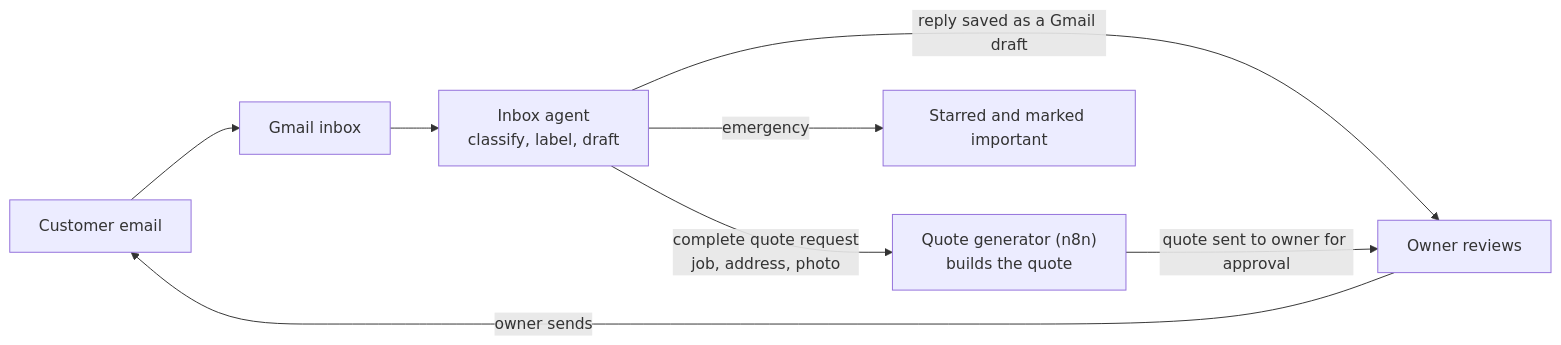
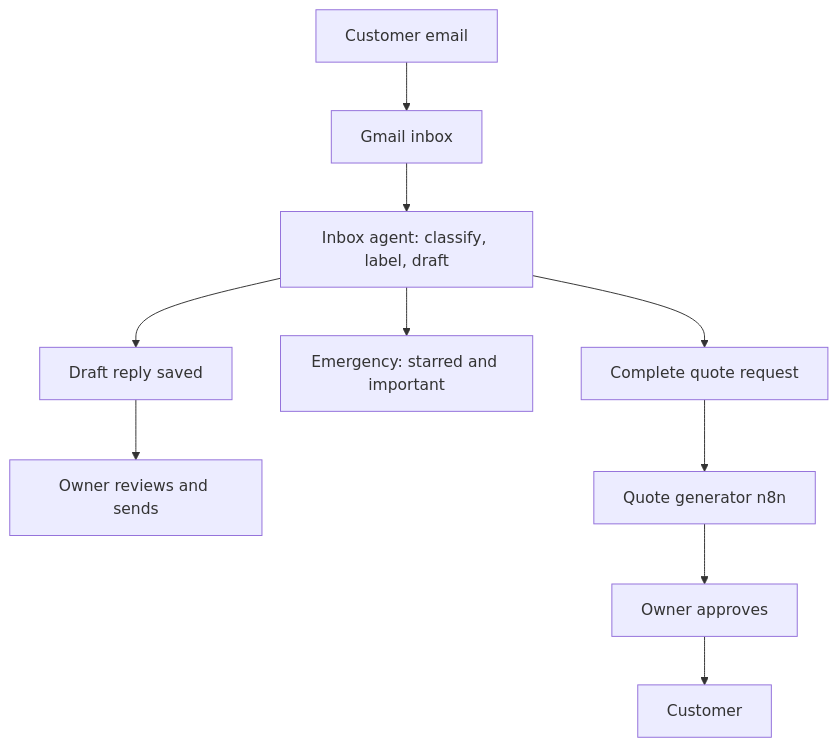
Before and after one commit to Uzelac97/summit-inbox-agent: the diagram in README.md, drawn with Mermaid.

Commit message:
README: simplify diagram

````diff
--- a/README.md
+++ b/README.md
@@ -18,10 +18,12 @@
 ```mermaid
-flowchart LR
+flowchart TD
     C[Customer email] --> G[Gmail inbox]
-    G --> A["Inbox agent<br/>classify, label, draft"]
-    A -->|reply saved as a Gmail draft| O[Owner reviews]
-    A -->|complete quote request<br/>job, address, photo| N["Quote generator (n8n)<br/>builds the quote"]
-    A -->|emergency| S[Starred and marked important]
-    N -->|quote sent to owner for approval| O
-    O -->|owner sends| C
+    G --> A[Inbox agent: classify, label, draft]
+    A --> D[Draft reply saved]
+    A --> E[Emergency: starred and important]
+    A --> Q[Complete quote request]
+    D --> O[Owner reviews and sends]
+    Q --> N[Quote generator n8n]
+    N --> P[Owner approves]
+    P --> F[Customer]
 ```
````
